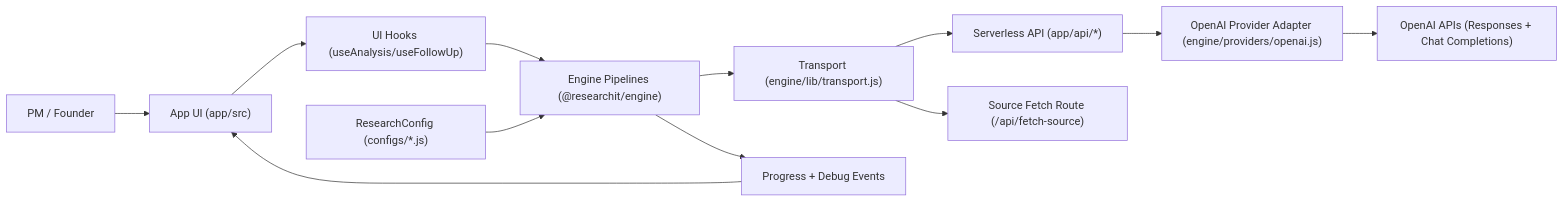
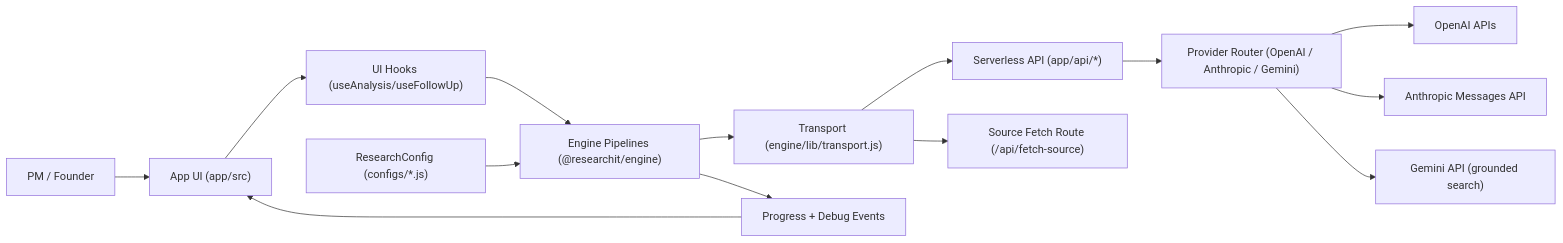
One commit to ihvou/researchit changed the diagram in README.md. Above: the diagram before and after it, drawn with Mermaid. The commit also changed other lines of this file and 10 other files, not shown here.

````diff
--- a/README.md
+++ b/README.md
@@ -64,14 +64,16 @@
 ```mermaid
 flowchart LR
   U["PM / Founder"] --> UI["App UI (app/src)"]
   UI --> H["UI Hooks (useAnalysis/useFollowUp)"]
   H --> E["Engine Pipelines (@researchit/engine)"]
   C["ResearchConfig (configs/*.js)"] --> E
   E --> T["Transport (engine/lib/transport.js)"]
   T --> A["Serverless API (app/api/*)"]
-  A --> P["OpenAI Provider Adapter (engine/providers/openai.js)"]
-  P --> O["OpenAI APIs (Responses + Chat Completions)"]
+  A --> R["Provider Router (OpenAI / Anthropic / Gemini)"]
+  R --> O["OpenAI APIs"]
+  R --> N["Anthropic Messages API"]
+  R --> G["Gemini API (grounded search)"]
   T --> F["Source Fetch Route (/api/fetch-source)"]
   E --> D["Progress + Debug Events"]
   D --> UI
 ```
````
